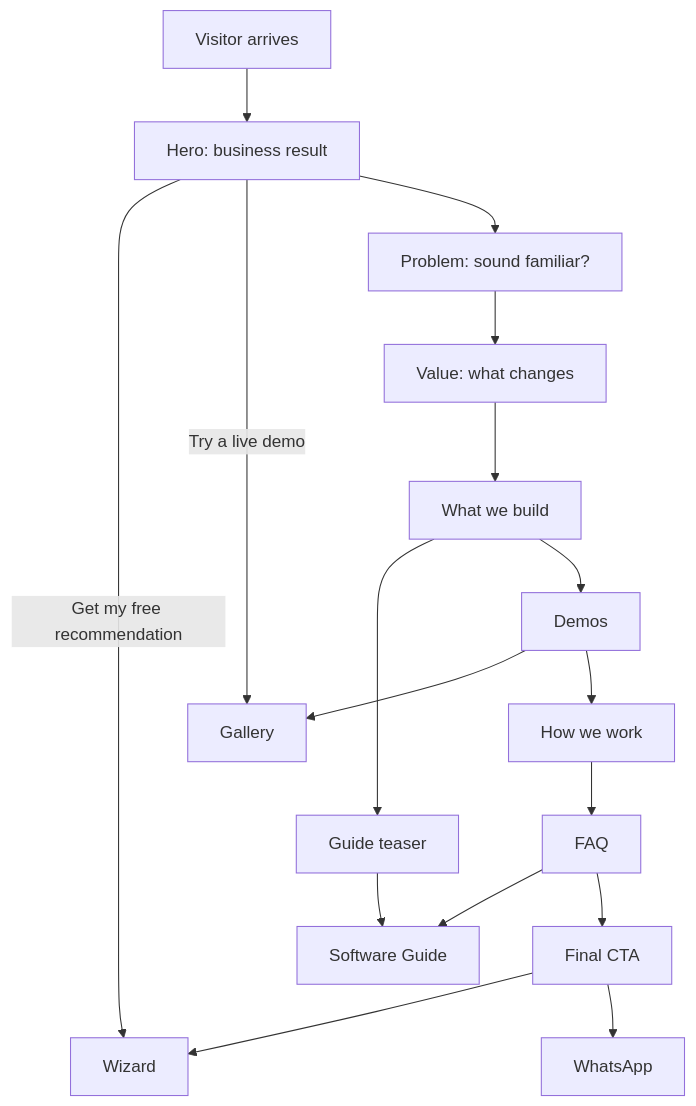
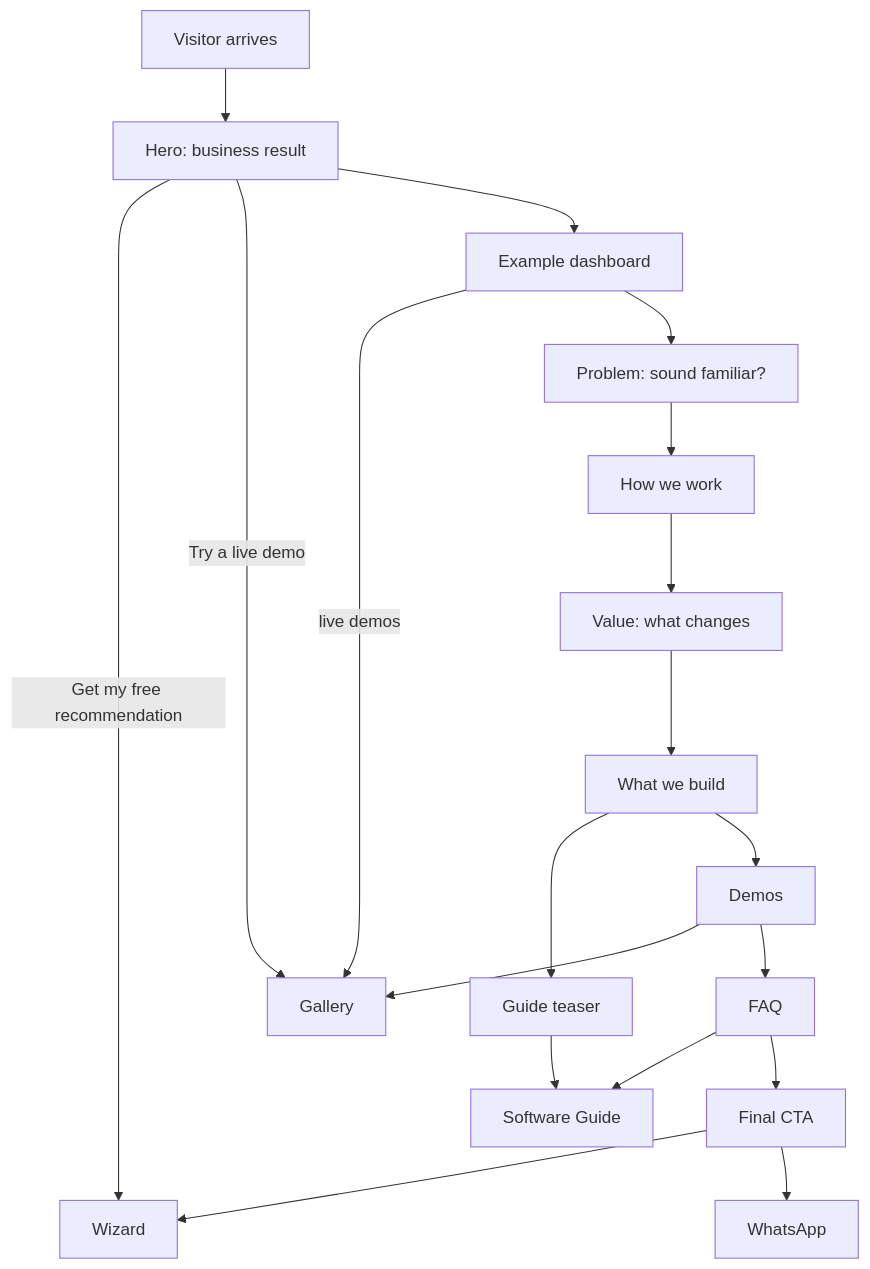
Before and after one commit to AhmedElnagarUU/Demmoss: the diagram in docs/features/landing.md, drawn with Mermaid. The commit also changed other lines of this file and 36 other files, not shown here.

````diff
--- a/docs/features/landing.md
+++ b/docs/features/landing.md
@@ -55,19 +57,21 @@
 ```mermaid
 flowchart TD
   IN[Visitor arrives] --> H[Hero: business result]
   H -->|Get my free recommendation| W[Wizard]
   H -->|Try a live demo| GAL[Gallery]
-  H --> PROB[Problem: sound familiar?]
-  PROB --> VAL[Value: what changes]
+  H --> DASH[Example dashboard]
+  DASH -->|live demos| GAL
+  DASH --> PROB[Problem: sound familiar?]
+  PROB --> HOW[How we work]
+  HOW --> VAL[Value: what changes]
   VAL --> DEL[What we build]
   DEL --> GT[Guide teaser]
   GT --> GUIDE[Software Guide]
   DEL --> DEM[Demos]
   DEM --> GAL
-  DEM --> HOW[How we work]
-  HOW --> FAQ[FAQ]
+  DEM --> FAQ[FAQ]
   FAQ --> GUIDE
   FAQ --> CTA[Final CTA]
   CTA --> W
   CTA --> WA[WhatsApp]
 ```
````
